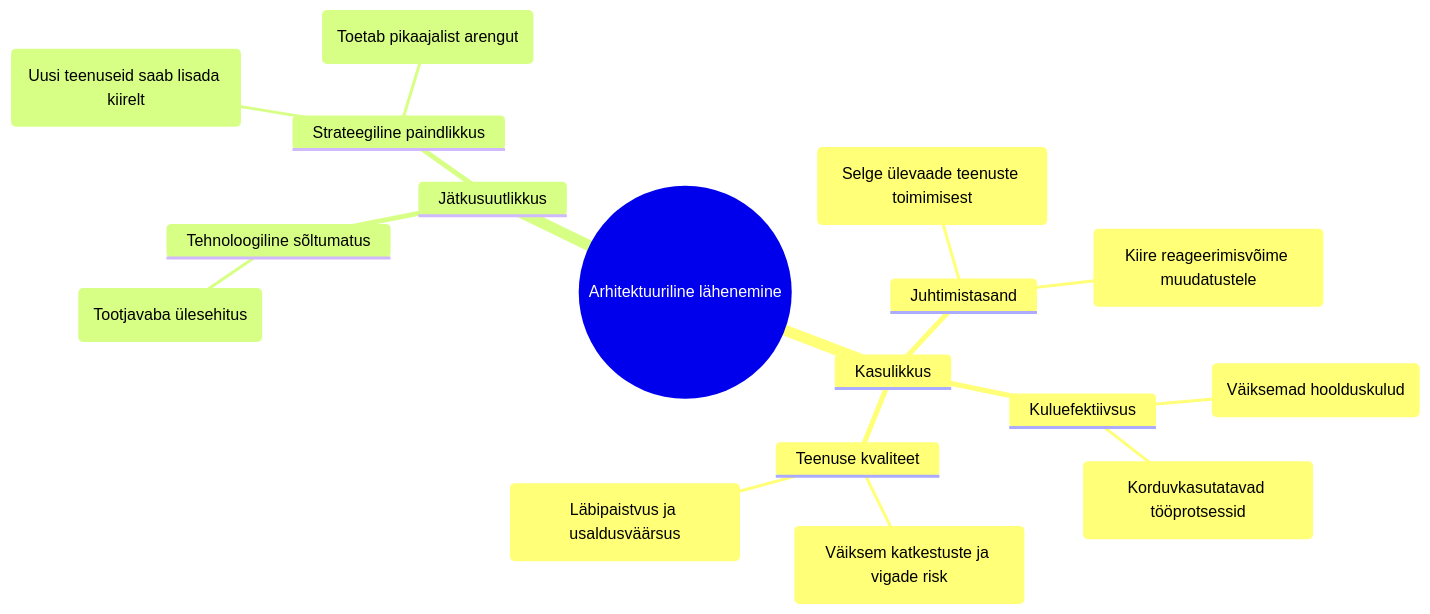
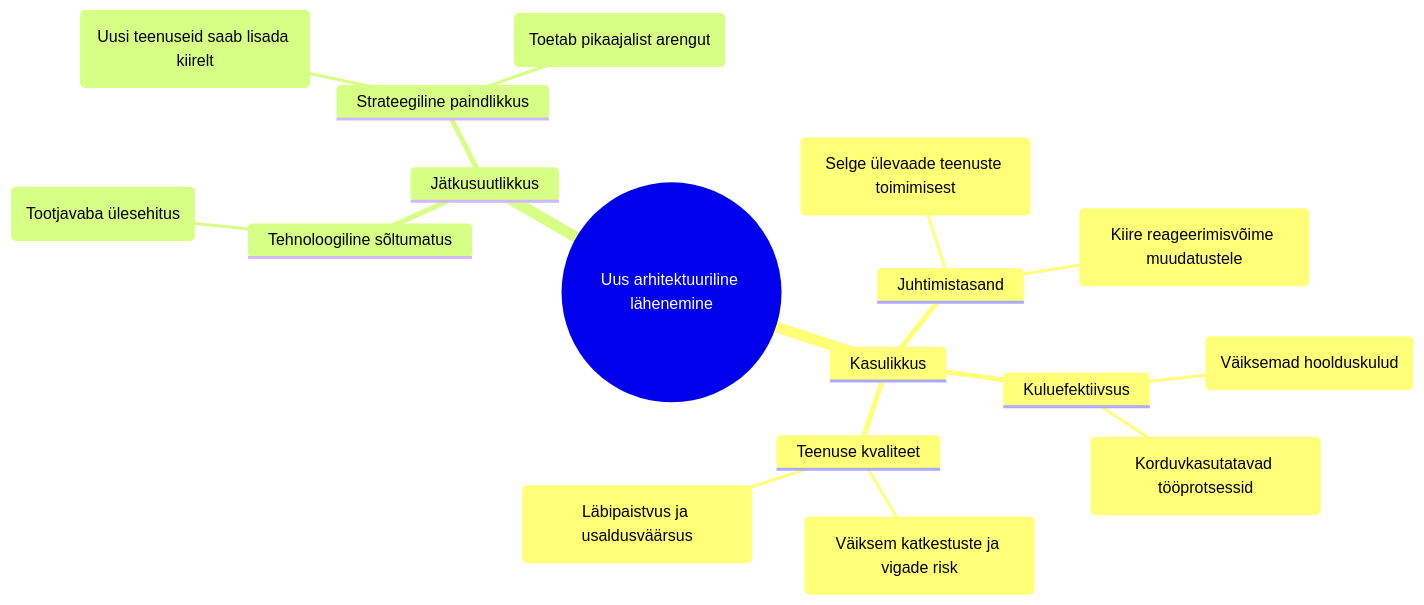
Before and after one commit to turnerrainer/Architectural-Decision-Records: the diagram in business/benefits-v1.md, drawn with Mermaid.

````diff
--- a/business/benefits-v1.md
+++ b/business/benefits-v1.md
@@ -1,20 +1,20 @@
 ```mermaid
 mindmap
-  root((Arhitektuuriline lähenemine))
+  root((Uus arhitektuuriline lähenemine))
     Kasulikkus
       Juhtimistasand
         (Selge ülevaade teenuste toimimisest)
         (Kiire reageerimisvõime muudatustele)
       Kuluefektiivsus
         (Väiksemad hoolduskulud)
         (Korduvkasutatavad tööprotsessid)
       Teenuse kvaliteet
         (Väiksem katkestuste ja vigade risk)
         (Läbipaistvus ja usaldusväärsus)
     Jätkusuutlikkus
       Tehnoloogiline sõltumatus
         (Tootjavaba ülesehitus)
       Strateegiline paindlikkus
         (Uusi teenuseid saab lisada kiirelt)
         (Toetab pikaajalist arengut)
 ```
````
